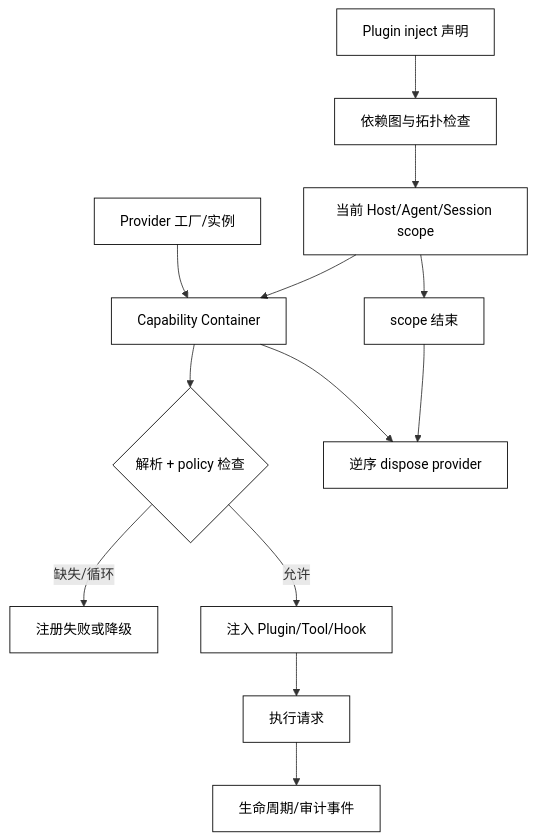
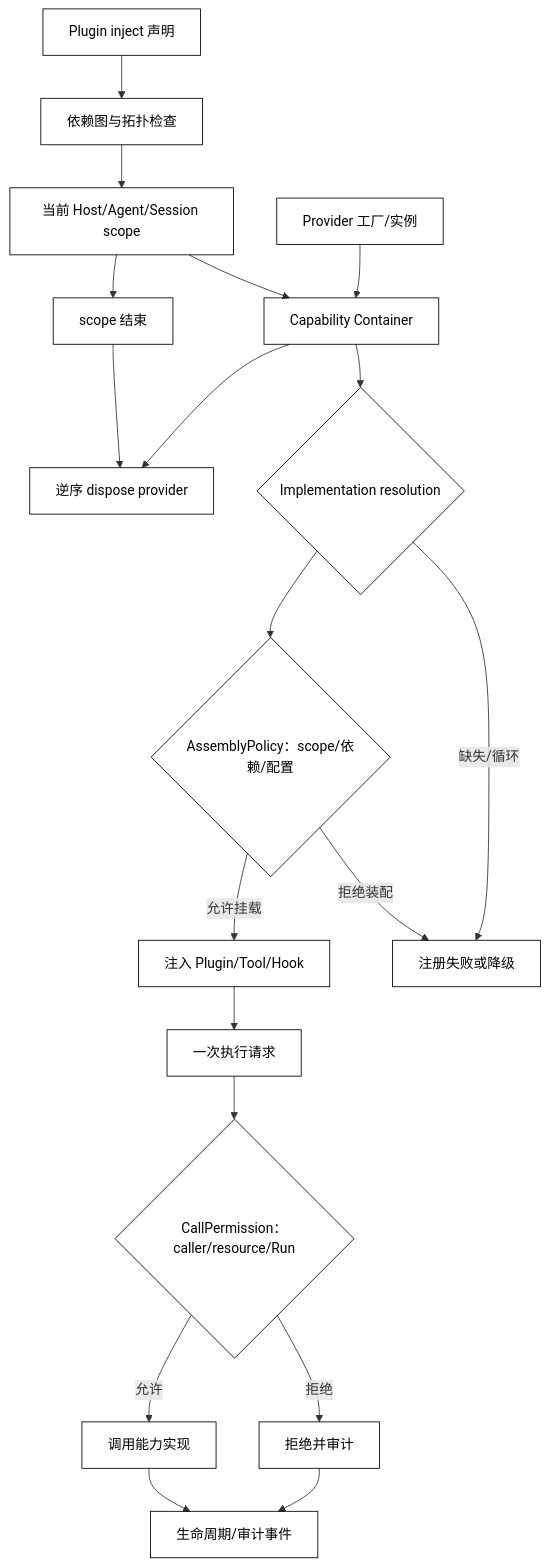
The diagram in docs/courses/agent/07-Skills插件与Hook/06-Dependency-Injection与能力容器.md (clint-sfy/clintsfy.github.io), drawn with Mermaid before and after one commit. The commit also changed other lines of this file and 17 other files, not shown here.

````diff
--- a/docs/courses/agent/07-Skills插件与Hook/06-Dependency-Injection与能力容器.md
+++ b/docs/courses/agent/07-Skills插件与Hook/06-Dependency-Injection与能力容器.md
@@ -51,18 +59,24 @@
 ```mermaid
 flowchart TD
     Manifest[Plugin inject 声明] --> Graph[依赖图与拓扑检查]
     Graph --> Scope[当前 Host/Agent/Session scope]
     Scope --> Container[Capability Container]
     Provider[Provider 工厂/实例] --> Container
-    Container --> Resolve{解析 + policy 检查}
+    Container --> Resolve{Implementation resolution}
     Resolve -->|缺失/循环| Fail[注册失败或降级]
-    Resolve -->|允许| Inject[注入 Plugin/Tool/Hook]
-    Inject --> Run[执行请求]
-    Run --> Event[生命周期/审计事件]
+    Resolve --> AssemblyPolicy{AssemblyPolicy：scope/依赖/配置}
+    AssemblyPolicy -->|拒绝装配| Fail
+    AssemblyPolicy -->|允许挂载| Inject[注入 Plugin/Tool/Hook]
+    Inject --> Run[一次执行请求]
+    Run --> CallPermission{CallPermission：caller/resource/Run}
+    CallPermission -->|拒绝| Deny[拒绝并审计]
+    CallPermission -->|允许| Use[调用能力实现]
+    Use --> Event[生命周期/审计事件]
+    Deny --> Event
     Scope --> Dispose[scope 结束]
     Dispose --> Cleanup[逆序 dispose provider]
     Container --> Cleanup
 
     classDef core fill:transparent,stroke:currentColor,color:currentColor,stroke-width:1px;
-    class Manifest,Graph,Scope,Container,Provider,Resolve,Fail,Inject,Run,Event,Dispose,Cleanup core;
+    class Manifest,Graph,Scope,Container,Provider,Resolve,AssemblyPolicy,Fail,Inject,Run,CallPermission,Deny,Use,Event,Dispose,Cleanup core;
 ```
````
